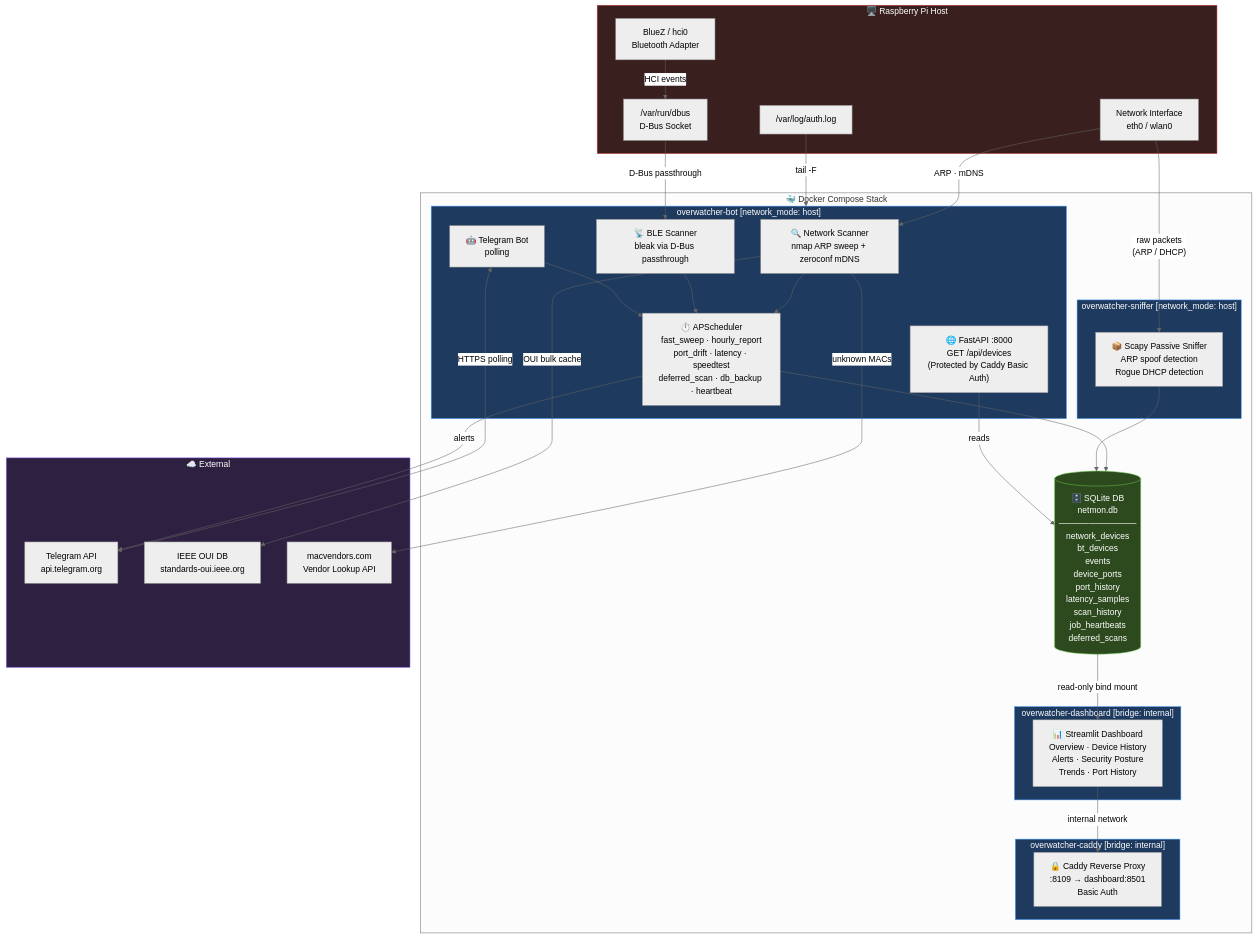
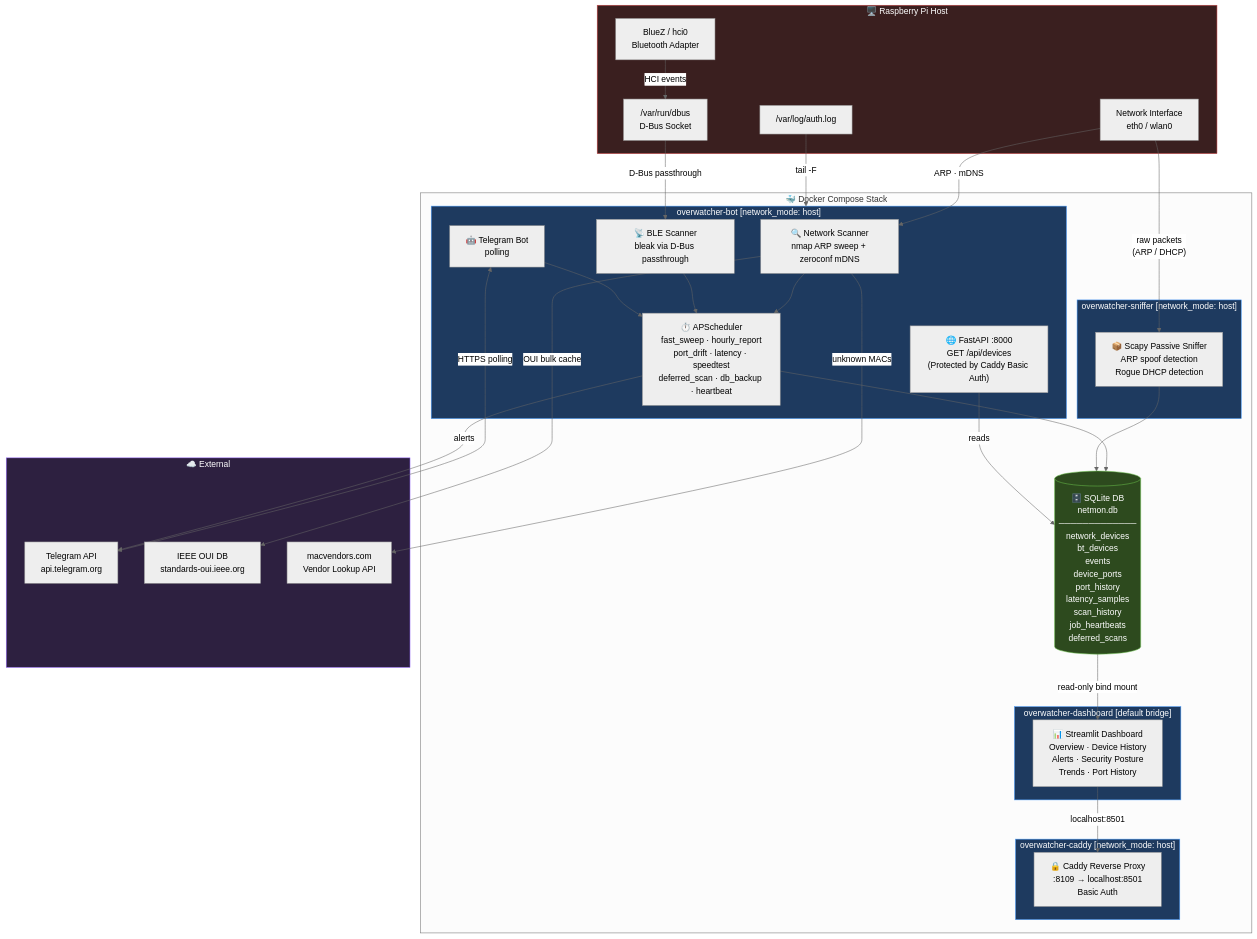
One commit to AbhiPra24/OverwatcherPI changed the diagram in README.md. Above: the diagram before and after it, drawn with Mermaid (neutral theme). The commit also changed other lines of this file and 1 other file, not shown here.

Commit message:
docs: Update networking docs for Caddy/Dashboard changes

````diff
--- a/README.md
+++ b/README.md
@@ -9,82 +9,82 @@
 ```mermaid
 flowchart TD
     subgraph HOST["🖥️ Raspberry Pi Host"]
         BT["BlueZ / hci0\nBluetooth Adapter"]
         NIC["Network Interface\neth0 / wlan0"]
         DBUS["/var/run/dbus\nD-Bus Socket"]
         AUTHLOG["/var/log/auth.log"]
     end
 
     subgraph DOCKER["🐳 Docker Compose Stack"]
 
         subgraph BOT["overwatcher-bot  [network_mode: host]"]
             NMAP["🔍 Network Scanner\nnmap ARP sweep + zeroconf mDNS"]
             BLE["📡 BLE Scanner\nbleak via D-Bus passthrough"]
             SCHED["⏱️ APScheduler\nfast_sweep · hourly_report\nport_drift · latency · speedtest\ndeferred_scan · db_backup · heartbeat"]
             API["🌐 FastAPI :8000\nGET /api/devices\n(Protected by Caddy Basic Auth)"]
             TGBOT["🤖 Telegram Bot\npolling"]
         end
 
         subgraph SNIFFER["overwatcher-sniffer  [network_mode: host]"]
             SCAPY["📦 Scapy Passive Sniffer\nARP spoof detection\nRogue DHCP detection"]
         end
 
-        subgraph DASH["overwatcher-dashboard  [bridge: internal]"]
+        subgraph DASH["overwatcher-dashboard  [default bridge]"]
             STREAMLIT["📊 Streamlit Dashboard\nOverview · Device History\nAlerts · Security Posture\nTrends · Port History"]
         end
 
-        subgraph PROXY["overwatcher-caddy  [bridge: internal]"]
-            CADDY["🔒 Caddy Reverse Proxy\n:8109 → dashboard:8501\nBasic Auth"]
+        subgraph PROXY["overwatcher-caddy  [network_mode: host]"]
+            CADDY["🔒 Caddy Reverse Proxy\n:8109 → localhost:8501\nBasic Auth"]
         end
 
         DB[("🗄️ SQLite DB\nnetmon.db\n─────────────\nnetwork_devices\nbt_devices\nevents\ndevice_ports\nport_history\nlatency_samples\nscan_history\njob_heartbeats\ndeferred_scans")]
     end
 
     subgraph EXTERNAL["☁️ External"]
         TG["Telegram API\napi.telegram.org"]
         OUI["IEEE OUI DB\nstandards-oui.ieee.org"]
         MV["macvendors.com\nVendor Lookup API"]
     end
 
     %% Host → Bot
     NIC -->|"ARP · mDNS"| NMAP
     BT -->|"HCI events"| DBUS
     DBUS -->|"D-Bus passthrough"| BLE
     AUTHLOG -->|"tail -F"| BOT
 
     %% Host → Sniffer
     NIC -->|"raw packets\n(ARP / DHCP)"| SCAPY
 
     %% Bot internals
     NMAP --> SCHED
     BLE --> SCHED
     SCHED --> DB
     SCAPY --> DB
     TGBOT --> SCHED
 
     %% DB → Dashboard
     DB -->|"read-only bind mount"| STREAMLIT
 
     %% Dashboard → Caddy → User
-    STREAMLIT -->|"internal network"| CADDY
+    STREAMLIT -->|"localhost:8501"| CADDY
 
     %% Bot ↔ Telegram
     TGBOT <-->|"HTTPS polling"| TG
     SCHED -->|"alerts"| TG
 
     %% External enrichment
     NMAP -->|"OUI bulk cache"| OUI
     NMAP -->|"unknown MACs"| MV
 
     %% API
     API -->|"reads"| DB
 
     classDef container fill:#1e3a5f,stroke:#4a9eff,color:#fff
     classDef db fill:#2d4a1e,stroke:#6abf4b,color:#fff
     classDef host fill:#3a1f1f,stroke:#cc4444,color:#fff
     classDef external fill:#2d2040,stroke:#9b6eff,color:#fff
     class BOT,SNIFFER,DASH,PROXY container
     class DB db
     class HOST host
     class EXTERNAL external
 ```
````
